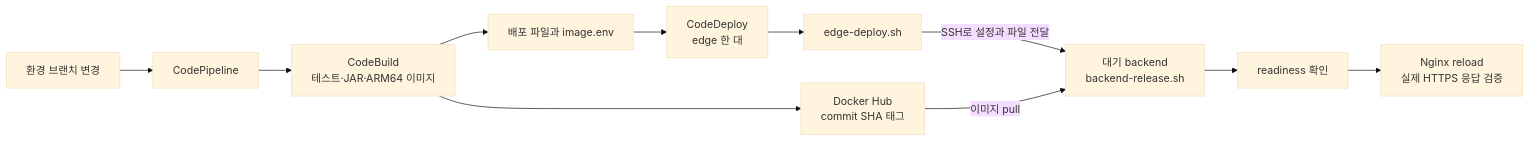
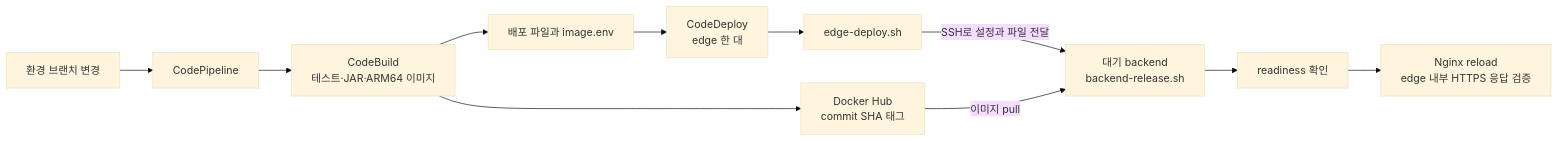
Before and after one commit to woowacourse-teams/2026-ChongChong: the second of 2 diagrams in deploy/README.md, drawn with Mermaid (base theme). The commit also changed other lines of this file and 7 other files, not shown here.

````diff
--- a/deploy/README.md
+++ b/deploy/README.md
@@ -73,13 +73,13 @@
 ```mermaid
 flowchart LR
     Source[환경 브랜치 변경] --> Pipeline[CodePipeline]
     Pipeline --> Build["CodeBuild<br/>테스트·JAR·ARM64 이미지"]
     Build --> Registry["Docker Hub<br/>commit SHA 태그"]
     Build --> Artifact["배포 파일과 image.env"]
     Artifact --> CD["CodeDeploy<br/>edge 한 대"]
     CD --> Script[edge-deploy.sh]
     Script -->|SSH로 설정과 파일 전달| Standby["대기 backend<br/>backend-release.sh"]
     Registry -->|이미지 pull| Standby
     Standby --> Check[readiness 확인]
-    Check --> Switch["Nginx reload<br/>실제 HTTPS 응답 검증"]
+    Check --> Switch["Nginx reload<br/>edge 내부 HTTPS 응답 검증"]
 ```
````
